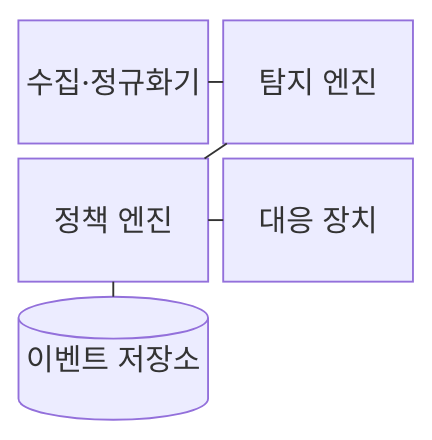
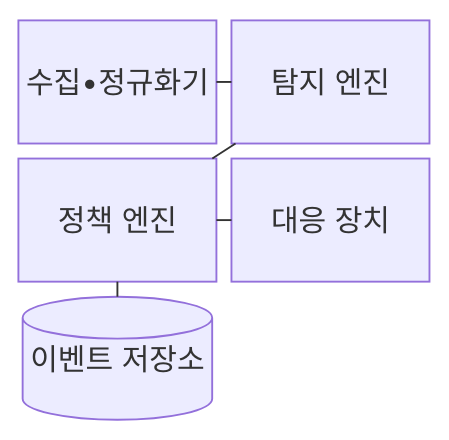
The first of 2 diagrams in src/content/docs/notes/04-network/021_ids_ips.md (agnusdei1207/knowledge-base), drawn with Mermaid before and after one commit. The commit also changed other lines of this file and 953 other files, not shown here.

````diff
--- a/src/content/docs/notes/04-network/021_ids_ips.md
+++ b/src/content/docs/notes/04-network/021_ids_ips.md
@@ -65,13 +65,13 @@
 ```mermaid
 block
     columns 2
-    A["수집·정규화기"]
+    A["수집•정규화기"]
     B["탐지 엔진"]
     C["정책 엔진"]
     D["대응 장치"]
     E[("이벤트 저장소")]
     A --- B
     B --- C
     C --- D
     C --- E
 ```
````
